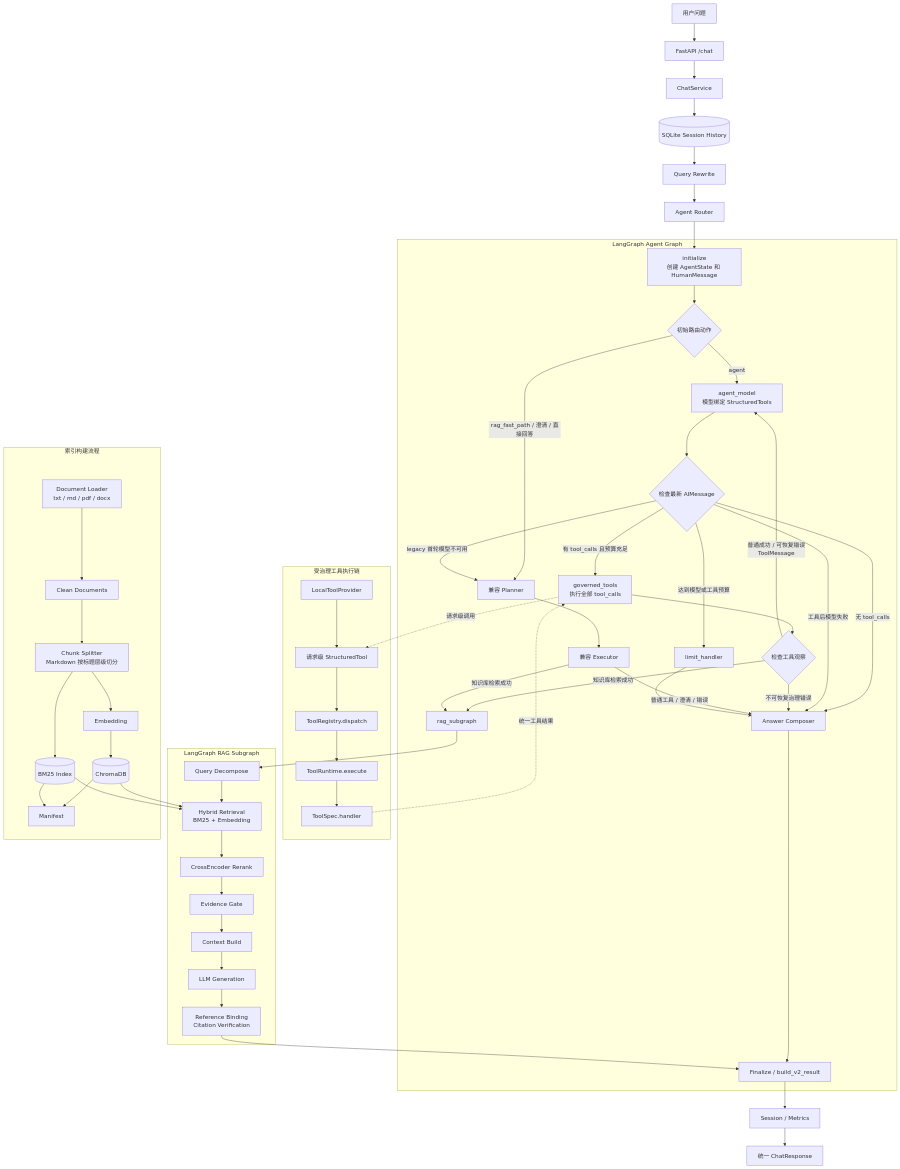
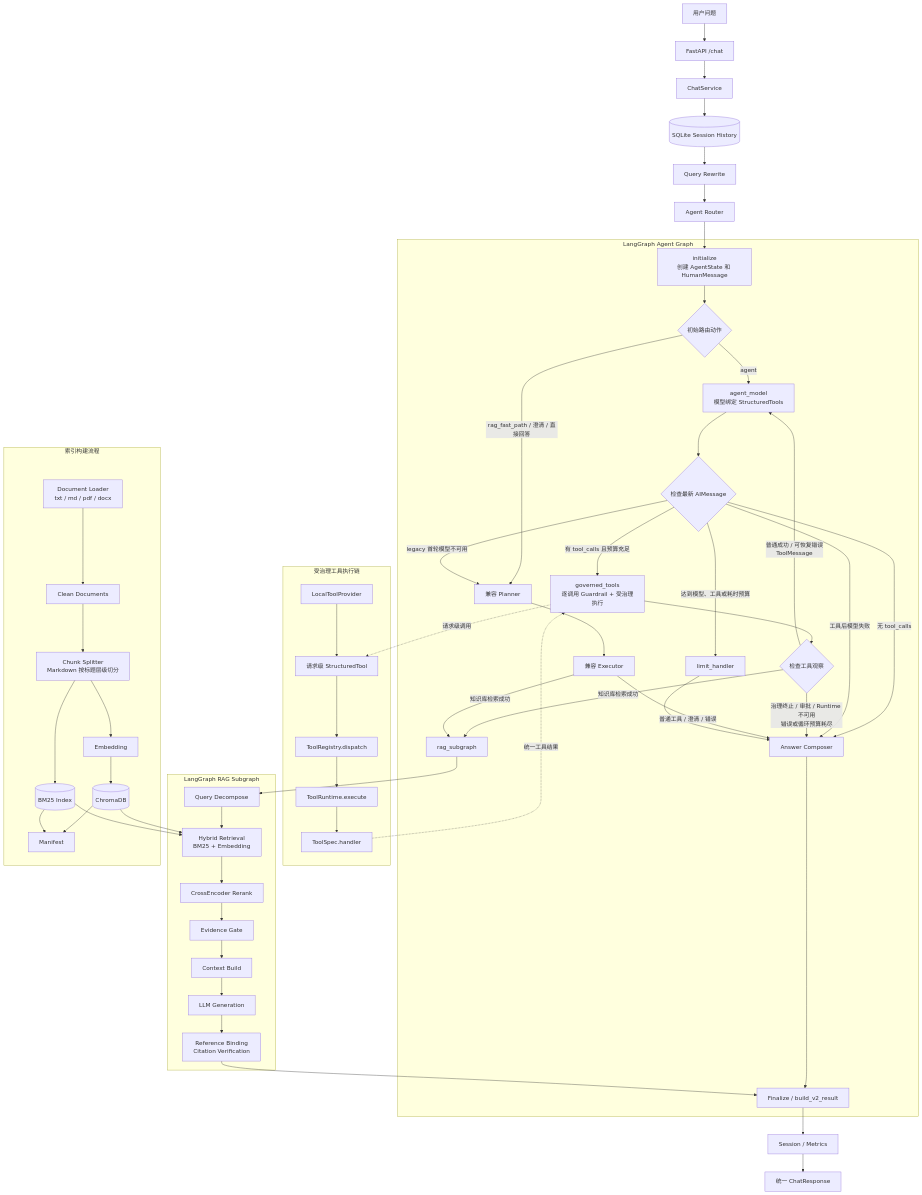
One commit to LiBoEN123/rag-agent-qa-system changed the diagram in README.md. Above: the diagram before and after it, drawn with Mermaid. The commit also changed other lines of this file and 17 other files, not shown here.

```diff
--- a/README.md
+++ b/README.md
@@ -36,7 +37,7 @@
         InitialAction{初始路由动作}
         AgentModel[agent_model<br/>模型绑定 StructuredTools]
         ModelResult{检查最新 AIMessage}
-        GovernedTools[governed_tools<br/>执行全部 tool_calls]
+        GovernedTools[governed_tools<br/>逐调用 Guardrail + 受治理执行]
         ToolResult{检查工具观察}
         Planner[兼容 Planner]
         Executor[兼容 Executor]
@@ -52,14 +53,14 @@
         AgentModel --> ModelResult
         ModelResult -->|有 tool_calls 且预算充足| GovernedTools
         ModelResult -->|无 tool_calls| Composer
-        ModelResult -->|达到模型或工具预算| Limit
+        ModelResult -->|达到模型、工具或耗时预算| Limit
         ModelResult -->|legacy 首轮模型不可用| Planner
         ModelResult -->|工具后模型失败| Composer
 
         GovernedTools --> ToolResult
         ToolResult -->|普通成功 / 可恢复错误<br/>ToolMessage| AgentModel
         ToolResult -->|知识库检索成功| RAGEntry
-        ToolResult -->|不可恢复治理错误| Composer
+        ToolResult -->|治理终止 / 审批 / Runtime 不可用<br/>错误或循环预算耗尽| Composer
 
         Planner --> Executor
         Executor -->|知识库检索成功| RAGEntry
```
